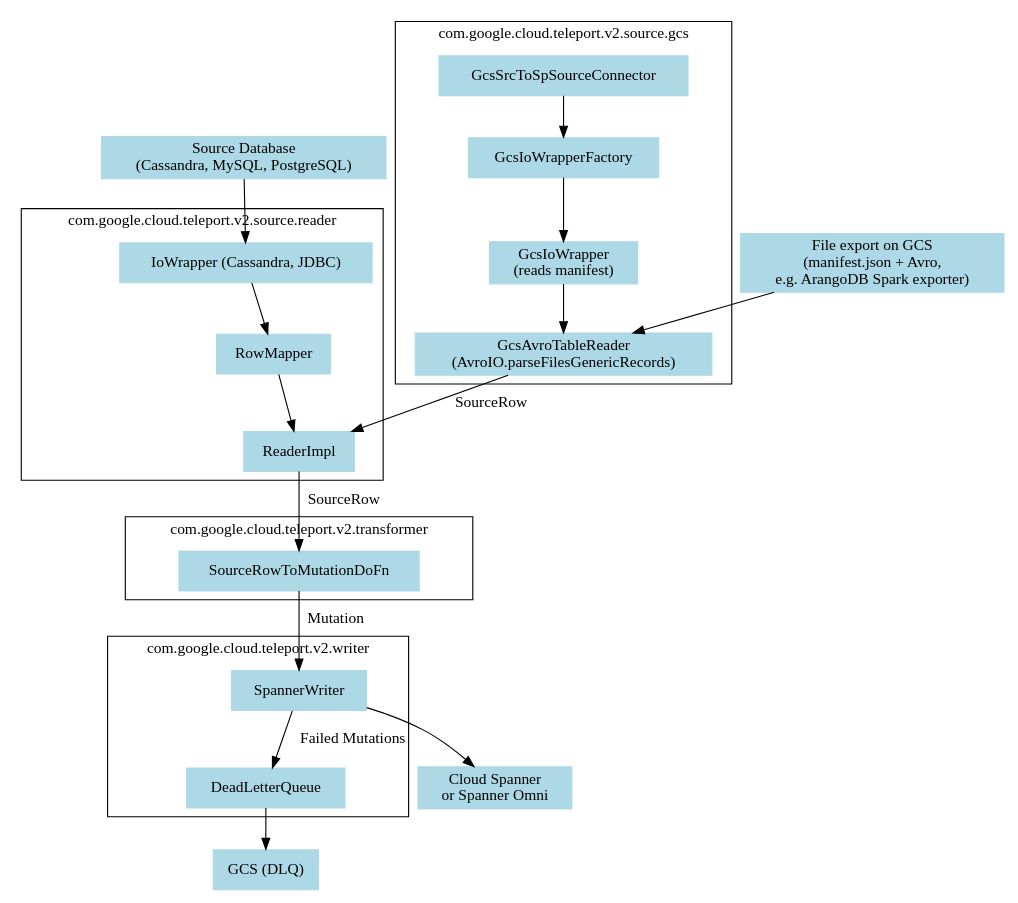
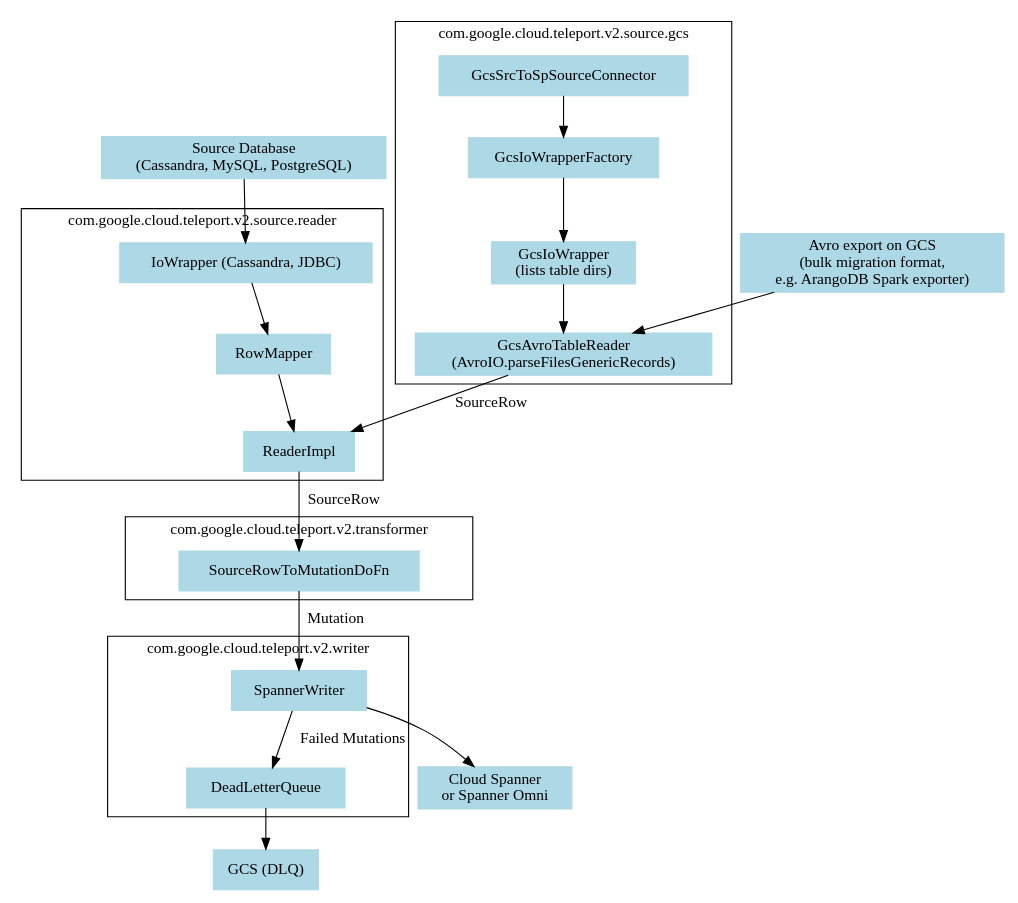
Before and after one commit to manitgupta/DataflowTemplates: the diagram in v2/sourcedb-to-spanner/architecture.dot, drawn with Graphviz. The commit also changed 96 other files, not shown here.

First line of the commit message:
feat: use the bulk template's GCS sink format for ArangoDB exports and share the gcs-spanner-dv reader

```diff
--- a/v2/sourcedb-to-spanner/architecture.dot
+++ b/v2/sourcedb-to-spanner/architecture.dot
@@ -1,49 +1,49 @@
 digraph Architecture {
     node [shape=box, style=filled, color=lightblue];
 
     SourceDb [label="Source Database\n(Cassandra, MySQL, PostgreSQL)"];
-    GcsExport [label="File export on GCS\n(manifest.json + Avro,\ne.g. ArangoDB Spark exporter)"];
+    GcsExport [label="Avro export on GCS\n(bulk migration format,\ne.g. ArangoDB Spark exporter)"];
 
     subgraph cluster_Reader {
         label = "com.google.cloud.teleport.v2.source.reader";
         ReaderImpl [label="ReaderImpl"];
         IoWrapper [label="IoWrapper (Cassandra, JDBC)"];
         RowMapper [label="RowMapper"];
     }
 
     subgraph cluster_GcsSource {
         label = "com.google.cloud.teleport.v2.source.gcs";
         GcsSrcToSpSourceConnector [label="GcsSrcToSpSourceConnector"];
         GcsIoWrapperFactory [label="GcsIoWrapperFactory"];
-        GcsIoWrapper [label="GcsIoWrapper\n(reads manifest)"];
+        GcsIoWrapper [label="GcsIoWrapper\n(lists table dirs)"];
         GcsAvroTableReader [label="GcsAvroTableReader\n(AvroIO.parseFilesGenericRecords)"];
     }
 
     subgraph cluster_Transformer {
         label = "com.google.cloud.teleport.v2.transformer";
         SourceRowToMutation [label="SourceRowToMutationDoFn"];
     }
 
     subgraph cluster_Writer {
         label = "com.google.cloud.teleport.v2.writer";
         SpannerWriter [label="SpannerWriter"];
         DLQ [label="DeadLetterQueue"];
     }
 
     Spanner [label="Cloud Spanner\nor Spanner Omni"];
     GCS [label="GCS (DLQ)"];
 
     SourceDb -> IoWrapper;
     IoWrapper -> RowMapper;
     RowMapper -> ReaderImpl;
     GcsSrcToSpSourceConnector -> GcsIoWrapperFactory;
     GcsIoWrapperFactory -> GcsIoWrapper;
     GcsIoWrapper -> GcsAvroTableReader;
     GcsExport -> GcsAvroTableReader;
     GcsAvroTableReader -> ReaderImpl [label="SourceRow"];
     ReaderImpl -> SourceRowToMutation [label="SourceRow"];
     SourceRowToMutation -> SpannerWriter [label="Mutation"];
     SpannerWriter -> Spanner;
     SpannerWriter -> DLQ [label="Failed Mutations"];
     DLQ -> GCS;
 }
```
